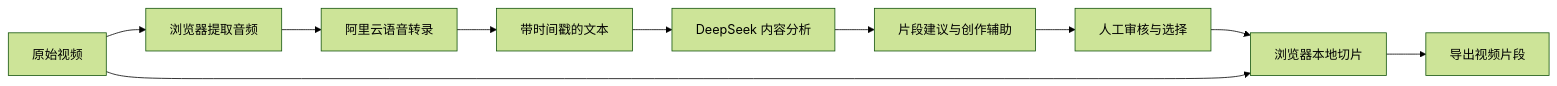
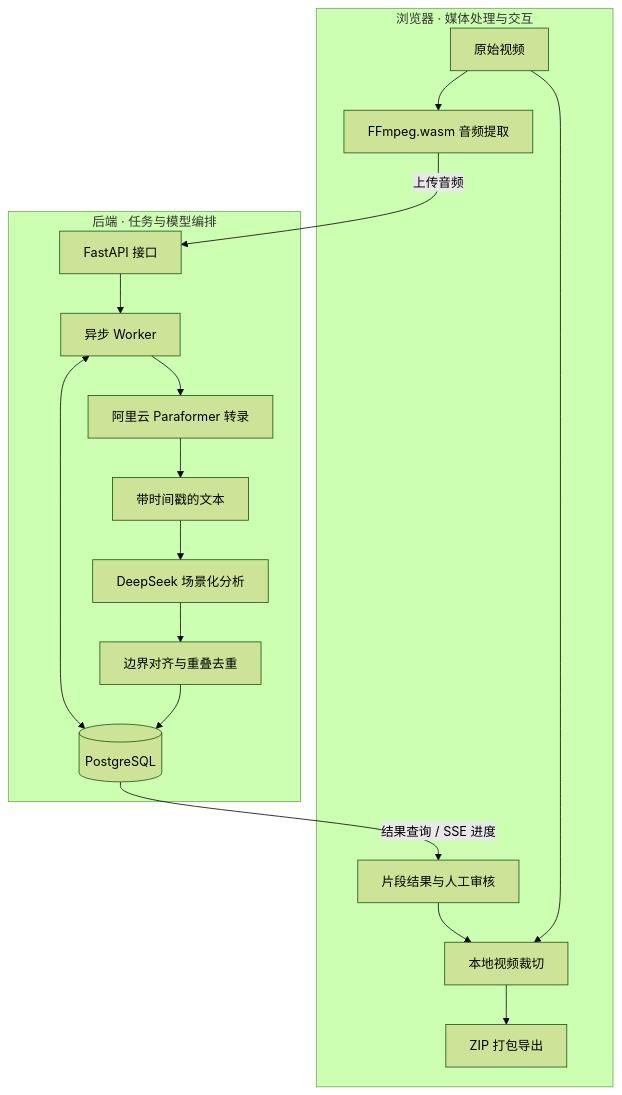
The diagram in README.md (tf0727/ai-slice-666666666), drawn with Mermaid (forest theme) before and after one commit. The commit also changed other lines of this file, not shown here.

Commit message:
Expand README with architecture, orchestration and evaluation design

````diff
--- a/README.md
+++ b/README.md
@@ -29,12 +25,22 @@
 ```mermaid
-flowchart LR
-    A[原始视频] --> B[浏览器提取音频]
-    B --> C[阿里云语音转录]
-    C --> D[带时间戳的文本]
-    D --> E[DeepSeek 内容分析]
-    E --> F[片段建议与创作辅助]
-    F --> G[人工审核与选择]
-    G --> H[浏览器本地切片]
-    A --> H
-    H --> I[导出视频片段]
+flowchart TB
+    subgraph Client["浏览器 · 媒体处理与交互"]
+        A[原始视频] --> B[FFmpeg.wasm 音频提取]
+        H[片段结果与人工审核] --> I[本地视频裁切]
+        A --> I
+        I --> J[ZIP 打包导出]
+    end
+
+    subgraph Backend["后端 · 任务与模型编排"]
+        C[FastAPI 接口] --> D[异步 Worker]
+        D --> E[阿里云 Paraformer 转录]
+        E --> F[带时间戳的文本]
+        F --> G[DeepSeek 场景化分析]
+        G --> K[边界对齐与重叠去重]
+        D <--> DB[(PostgreSQL)]
+        K --> DB
+    end
+
+    B -->|上传音频| C
+    DB -->|结果查询 / SSE 进度| H
 ```
````
